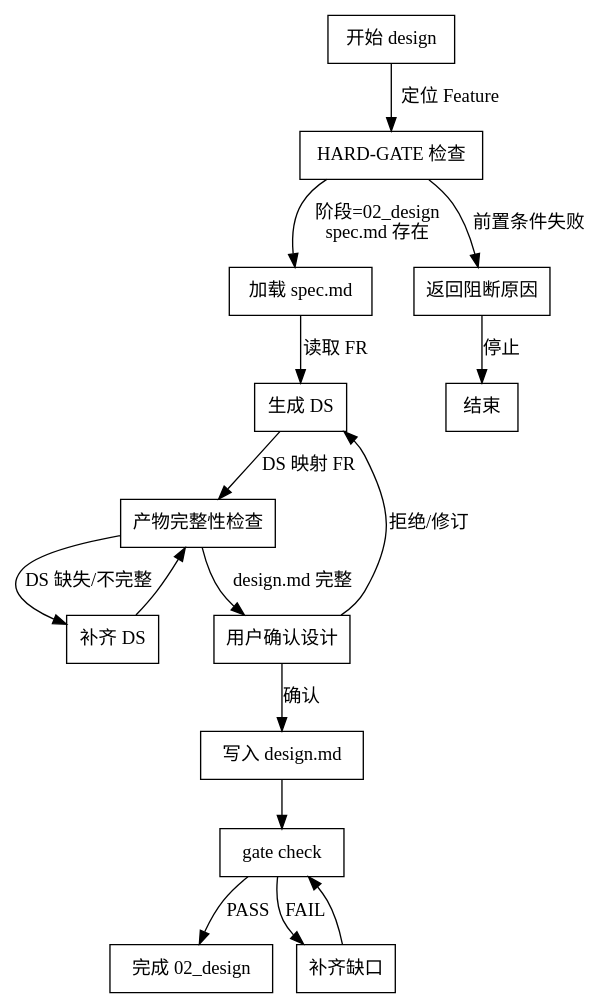
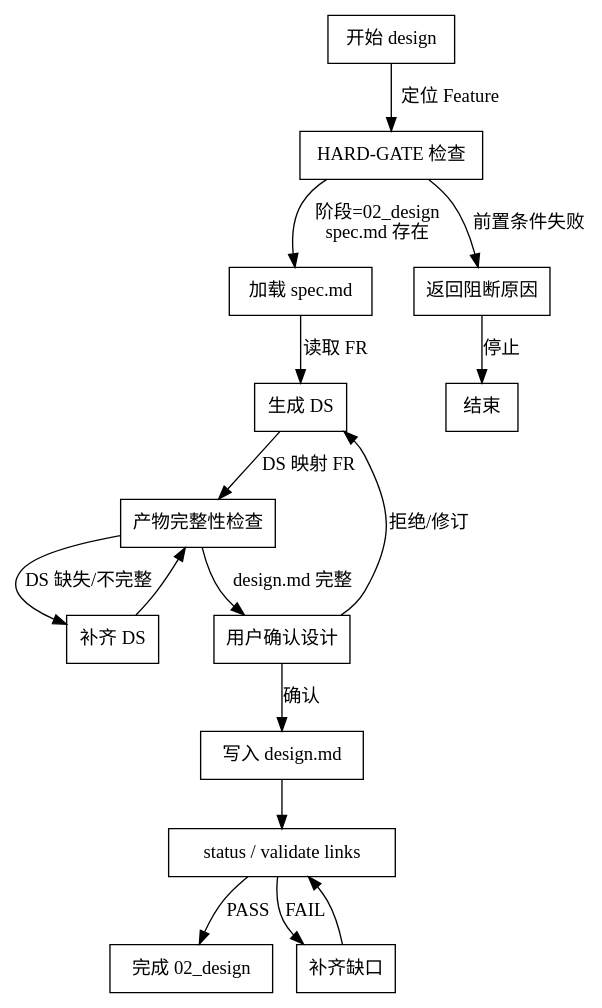
The diagram in skills/04-design/SKILL.md (leo-kuang-ai/spec-first), drawn with Graphviz before and after one commit. The commit also changed other lines of this file and 40 other files, not shown here.

````diff
--- a/skills/04-design/SKILL.md
+++ b/skills/04-design/SKILL.md
@@ -157,46 +157,46 @@
 ```dot
 digraph design_flow {
   rankdir=TB;
   node [shape=box];
 
   Start [label="开始 design"];
   Start -> HardGate [label="定位 Feature"];
 
   HardGate [label="HARD-GATE 检查"];
   HardGate -> LoadSpec [label="阶段=02_design\nspec.md 存在"];
   HardGate -> Blocked [label="前置条件失败"];
 
   Blocked [label="返回阻断原因"];
   Blocked -> End [label="停止"];
 
   LoadSpec [label="加载 spec.md"];
   LoadSpec -> GenDS [label="读取 FR"];
 
   GenDS [label="生成 DS"];
   GenDS -> CheckComplete [label="DS 映射 FR"];
 
   CheckComplete [label="产物完整性检查"];
   CheckComplete -> ConfirmDS [label="design.md 完整"];
   CheckComplete -> FixDS [label="DS 缺失/不完整"];
 
   FixDS [label="补齐 DS"];
   FixDS -> CheckComplete;
 
   ConfirmDS [label="用户确认设计"];
   ConfirmDS -> WriteDesign [label="确认"];
   ConfirmDS -> GenDS [label="拒绝/修订"];
 
   WriteDesign [label="写入 design.md"];
   WriteDesign -> GateCheck;
 
-  GateCheck [label="gate check"];
+  GateCheck [label="status / validate links"];
   GateCheck -> Done [label="PASS"];
   GateCheck -> FixGap [label="FAIL"];
 
   FixGap [label="补齐缺口"];
   FixGap -> GateCheck;
 
   Done [label="完成 02_design"];
   End [label="结束"];
 }
 ```
````
